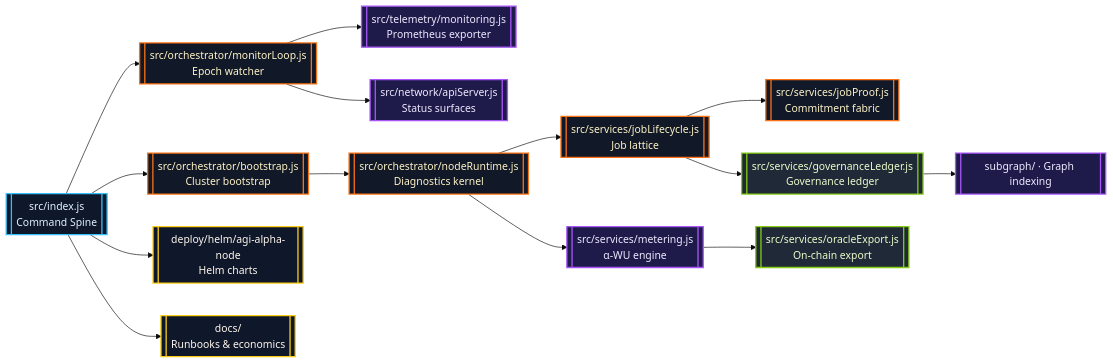
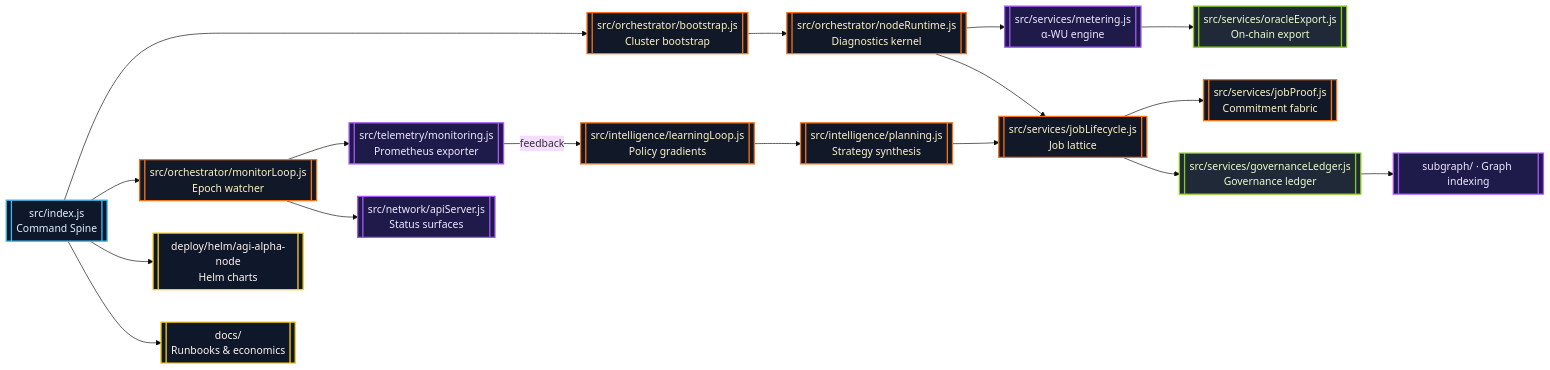
The first of 5 diagrams in README.md (MontrealAI/AGI-Alpha-Node-v0), drawn with Mermaid (base theme) before and after one commit. The commit also changed other lines of this file, not shown here.

````diff
--- a/README.md
+++ b/README.md
@@ -66,22 +67,25 @@
 ```mermaid
 flowchart LR
   classDef core fill:#0f172a,stroke:#38bdf8,stroke-width:2px,color:#e0f2fe;
   classDef service fill:#111827,stroke:#f97316,stroke-width:2px,color:#fef3c7;
   classDef ledger fill:#1f2937,stroke:#84cc16,stroke-width:2px,color:#ecfccb;
   classDef observ fill:#1e1b4b,stroke:#a855f7,stroke-width:2px,color:#ede9fe;
   classDef ops fill:#0f172a,stroke:#facc15,stroke-width:2px,color:#fff7ed;
 
   CLI[[src/index.js<br/>Command Spine]]:::core --> Bootstrap[[src/orchestrator/bootstrap.js<br/>Cluster bootstrap]]:::service
   CLI --> Monitor[[src/orchestrator/monitorLoop.js<br/>Epoch watcher]]:::service
   Monitor --> Telemetry[[src/telemetry/monitoring.js<br/>Prometheus exporter]]:::observ
   Monitor --> StatusAPI[[src/network/apiServer.js<br/>Status surfaces]]:::observ
   Bootstrap --> Runtime[[src/orchestrator/nodeRuntime.js<br/>Diagnostics kernel]]:::service
   Runtime --> Metering[[src/services/metering.js<br/>α-WU engine]]:::observ
   Runtime --> Lifecycle[[src/services/jobLifecycle.js<br/>Job lattice]]:::service
   Lifecycle --> Proofs[[src/services/jobProof.js<br/>Commitment fabric]]:::service
   Lifecycle --> Ledger[[src/services/governanceLedger.js<br/>Governance ledger]]:::ledger
   Metering --> Oracle[[src/services/oracleExport.js<br/>On-chain export]]:::ledger
   Ledger --> Subgraph[[subgraph/ · Graph indexing]]:::observ
   CLI --> Deploy[[deploy/helm/agi-alpha-node<br/>Helm charts]]:::ops
   CLI --> Docs[[docs/<br/>Runbooks & economics]]:::ops
+  Telemetry -->|feedback| Learning[[src/intelligence/learningLoop.js<br/>Policy gradients]]:::service
+  Learning --> Planning[[src/intelligence/planning.js<br/>Strategy synthesis]]:::service
+  Planning --> Lifecycle
 ```
````
